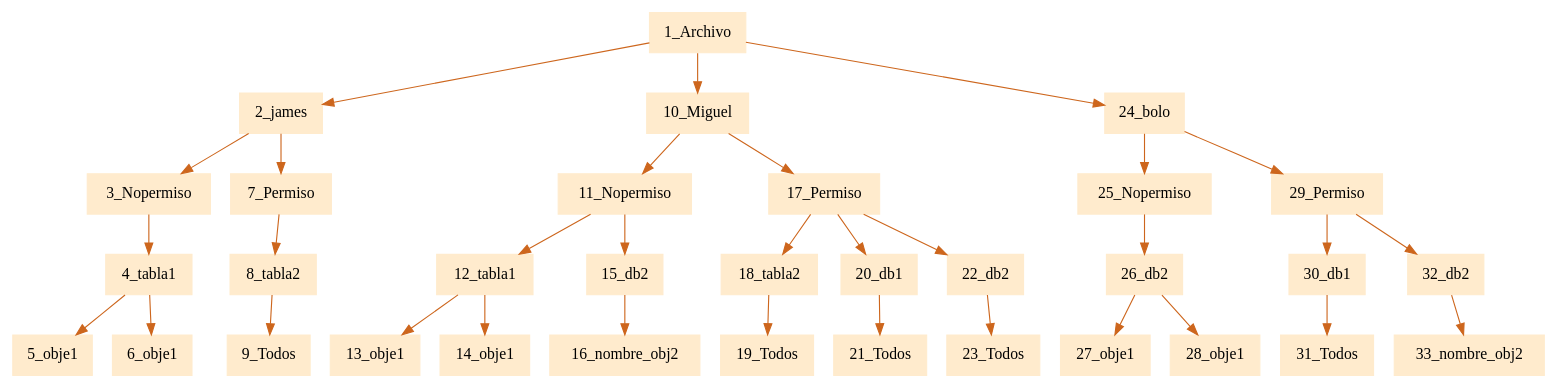
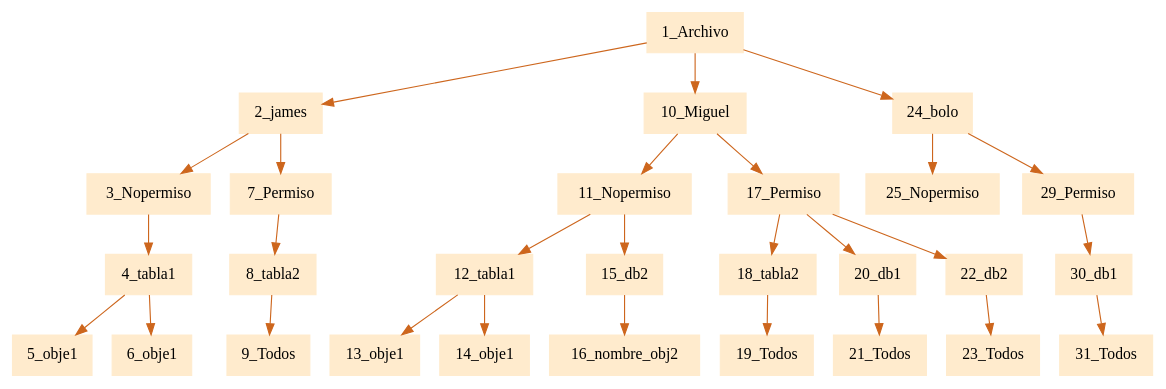
One commit to JamesMelgar/compi2javaccpr1 changed the diagram in pr1Compilarodores2/usu.dot. Above: the diagram before and after it, drawn with Graphviz. The commit also changed 7 other files, not shown here.

```diff
--- a/pr1Compilarodores2/usu.dot
+++ b/pr1Compilarodores2/usu.dot
@@ -1,5 +1,5 @@
 digraph G {node[shape=box, style=filled, color=blanchedalmond]; edge[color=chocolate3];rankdir=UD 
 
-"1_Archivo"->"2_james""2_james"->"3_Nopermiso""3_Nopermiso"->"4_tabla1""4_tabla1"->"5_obje1""4_tabla1"->"6_obje1""2_james"->"7_Permiso""7_Permiso"->"8_tabla2""8_tabla2"->"9_Todos""1_Archivo"->"10_Miguel""10_Miguel"->"11_Nopermiso""11_Nopermiso"->"12_tabla1""12_tabla1"->"13_obje1""12_tabla1"->"14_obje1""11_Nopermiso"->"15_db2""15_db2"->"16_nombre_obj2""10_Miguel"->"17_Permiso""17_Permiso"->"18_tabla2""18_tabla2"->"19_Todos""17_Permiso"->"20_db1""20_db1"->"21_Todos""17_Permiso"->"22_db2""22_db2"->"23_Todos""1_Archivo"->"24_bolo""24_bolo"->"25_Nopermiso""25_Nopermiso"->"26_db2""26_db2"->"27_obje1""26_db2"->"28_obje1""24_bolo"->"29_Permiso""29_Permiso"->"30_db1""30_db1"->"31_Todos""29_Permiso"->"32_db2""32_db2"->"33_nombre_obj2"
+"1_Archivo"->"2_james""2_james"->"3_Nopermiso""3_Nopermiso"->"4_tabla1""4_tabla1"->"5_obje1""4_tabla1"->"6_obje1""2_james"->"7_Permiso""7_Permiso"->"8_tabla2""8_tabla2"->"9_Todos""1_Archivo"->"10_Miguel""10_Miguel"->"11_Nopermiso""11_Nopermiso"->"12_tabla1""12_tabla1"->"13_obje1""12_tabla1"->"14_obje1""11_Nopermiso"->"15_db2""15_db2"->"16_nombre_obj2""10_Miguel"->"17_Permiso""17_Permiso"->"18_tabla2""18_tabla2"->"19_Todos""17_Permiso"->"20_db1""20_db1"->"21_Todos""17_Permiso"->"22_db2""22_db2"->"23_Todos""1_Archivo"->"24_bolo""24_bolo"->"25_Nopermiso""24_bolo"->"29_Permiso""29_Permiso"->"30_db1""30_db1"->"31_Todos"
 
 }
```
